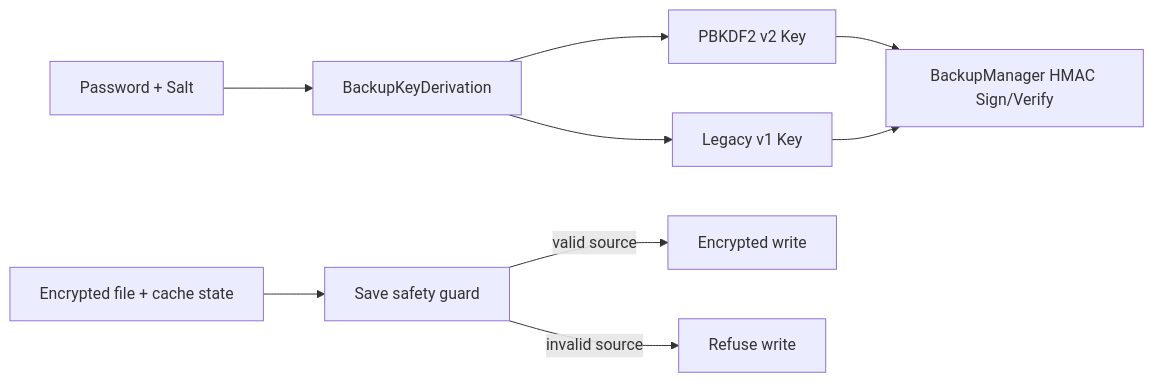
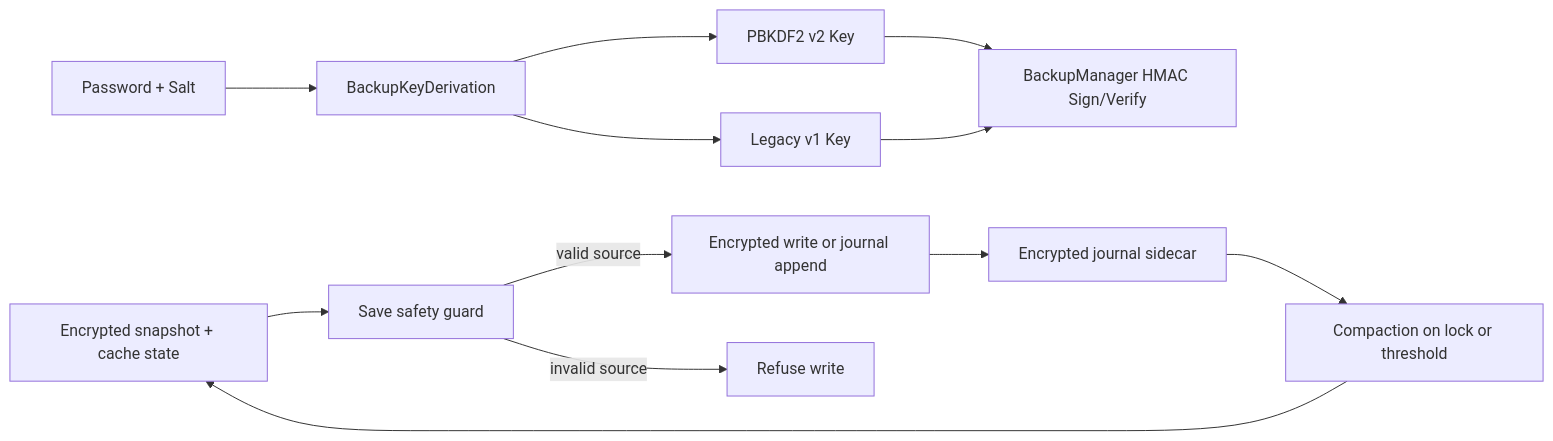
One commit to johandersson/.LOG-hog changed the diagram in src/encryption.md. Above: the diagram before and after it, drawn with Mermaid. The commit also changed other lines of this file and 10 other files, not shown here.

Commit message:
Update journal compaction and docs

````diff
--- a/src/encryption.md
+++ b/src/encryption.md
@@ -130,11 +131,14 @@
 ```mermaid
 flowchart LR
   P[Password + Salt] --> BK[BackupKeyDerivation]
   BK --> V2[PBKDF2 v2 Key]
   BK --> V1[Legacy v1 Key]
   V2 --> BM[BackupManager HMAC Sign/Verify]
   V1 --> BM
-  EF[Encrypted file + cache state] --> SG[Save safety guard]
-  SG -->|valid source| EW[Encrypted write]
+  EF[Encrypted snapshot + cache state] --> SG[Save safety guard]
+  SG -->|valid source| EW[Encrypted write or journal append]
   SG -->|invalid source| RW[Refuse write]
+  EW --> J[Encrypted journal sidecar]
+  J --> C[Compaction on lock or threshold]
+  C --> EF
 ```
````
